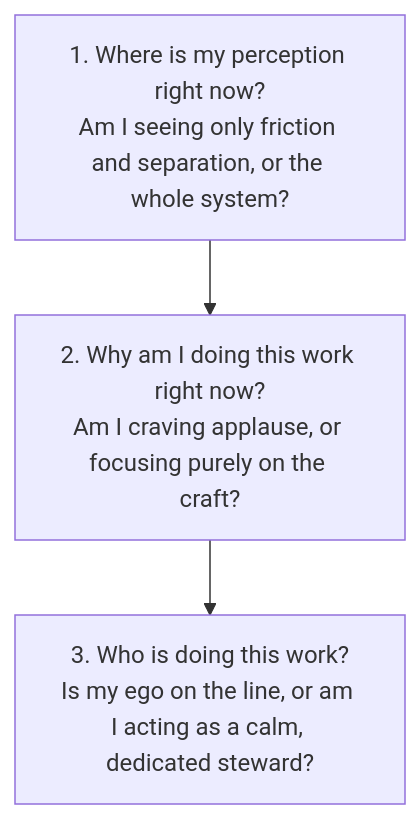
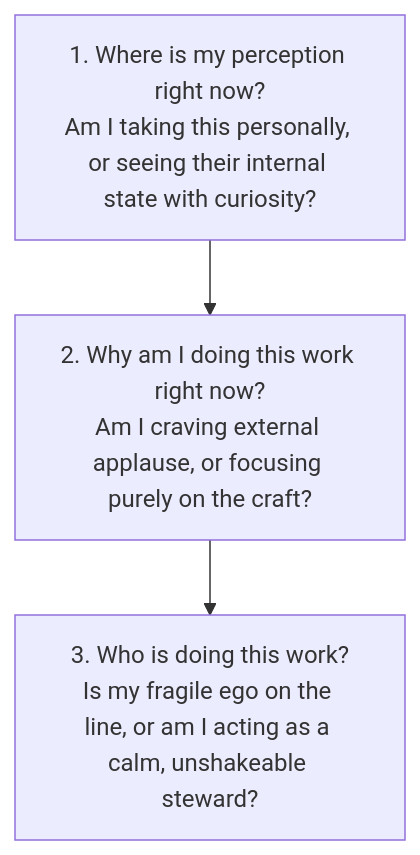
Before and after one commit to vs00918/aravalli: the fourth of 4 diagrams in knowledge-tree/nodes/chapter-03-the-three-modes-of-execution.md, drawn with Mermaid. The commit also changed other lines of this file and 8 other files, not shown here.

Commit message:
feat(banking-ca): deploy golden magazine architecture with p1 comprehension layer

````diff
--- a/knowledge-tree/nodes/chapter-03-the-three-modes-of-execution.md
+++ b/knowledge-tree/nodes/chapter-03-the-three-modes-of-execution.md
@@ -95,6 +120,6 @@
 ```mermaid
 graph TD
-    Q1[1. Where is my perception right now?<br>Am I seeing only friction and separation, or the whole system?]
-    --> Q2[2. Why am I doing this work right now?<br>Am I craving applause, or focusing purely on the craft?]
-    --> Q3[3. Who is doing this work?<br>Is my ego on the line, or am I acting as a calm, dedicated steward?]
+    Q1[1. Where is my perception right now?<br>Am I taking this personally, or seeing their internal state with curiosity?]
+    --> Q2[2. Why am I doing this work right now?<br>Am I craving external applause, or focusing purely on the craft?]
+    --> Q3[3. Who is doing this work?<br>Is my fragile ego on the line, or am I acting as a calm, unshakeable steward?]
 ```
````
